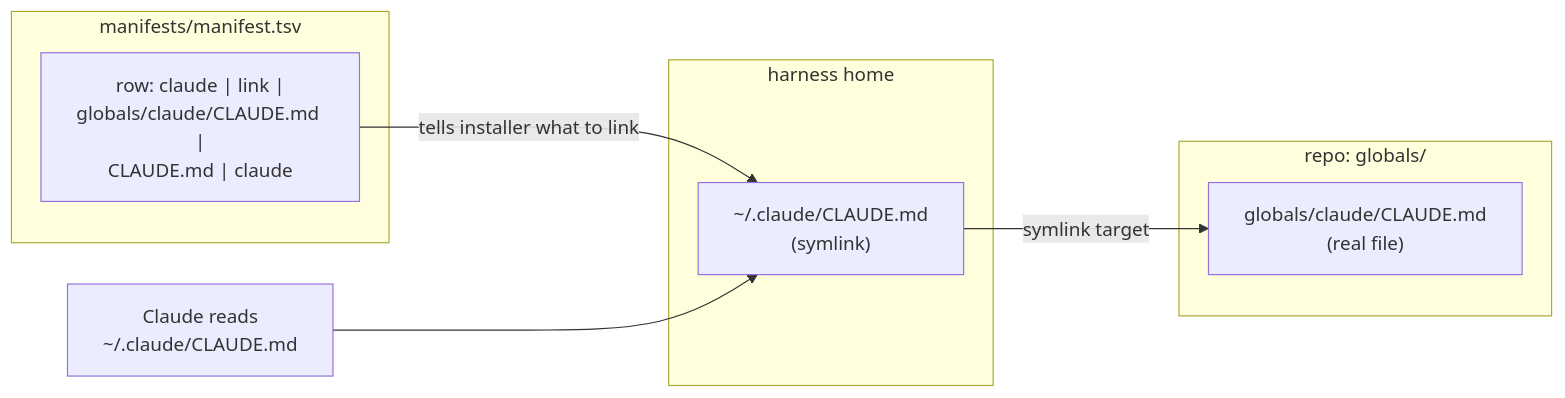
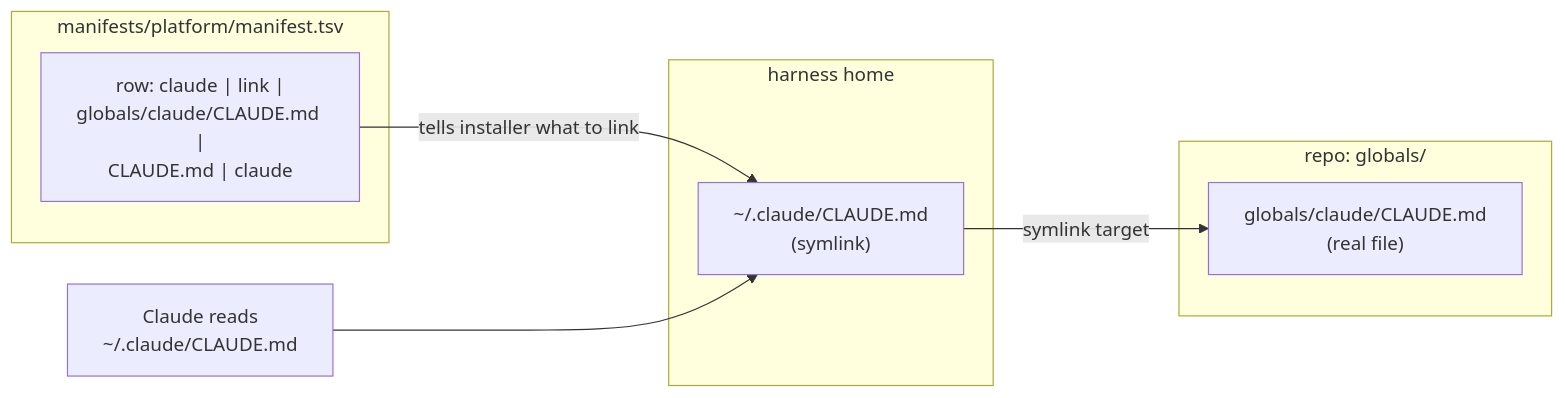
Before and after one commit to kirinmurphy/agent_harness_configs: the first of 4 diagrams in docs/architecture/manifest-and-symlinks.md, drawn with Mermaid. The commit also changed other lines of this file and 49 other files, not shown here.

````diff
--- a/docs/architecture/manifest-and-symlinks.md
+++ b/docs/architecture/manifest-and-symlinks.md
@@ -59,17 +59,17 @@
 ```mermaid
 flowchart LR
   subgraph repo["repo: globals/"]
     src["globals/claude/CLAUDE.md<br/>(real file)"]
   end
-  subgraph manifest["manifests/manifest.tsv"]
+  subgraph manifest["manifests/platform/manifest.tsv"]
     row["row: claude | link |<br/>globals/claude/CLAUDE.md |<br/>CLAUDE.md | claude"]
   end
   subgraph home["harness home"]
     link["~/.claude/CLAUDE.md<br/>(symlink)"]
   end
   claude["Claude reads<br/>~/.claude/CLAUDE.md"]
 
   row -- "tells installer what to link" --> link
   link -- "symlink target" --> src
   claude --> link
 ```
````
